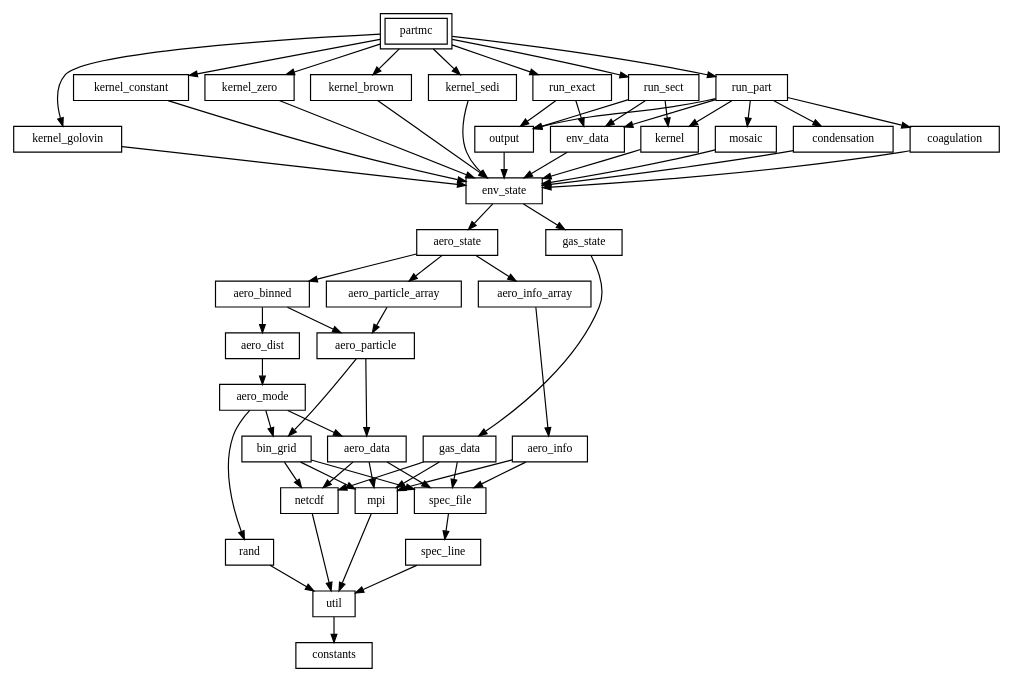
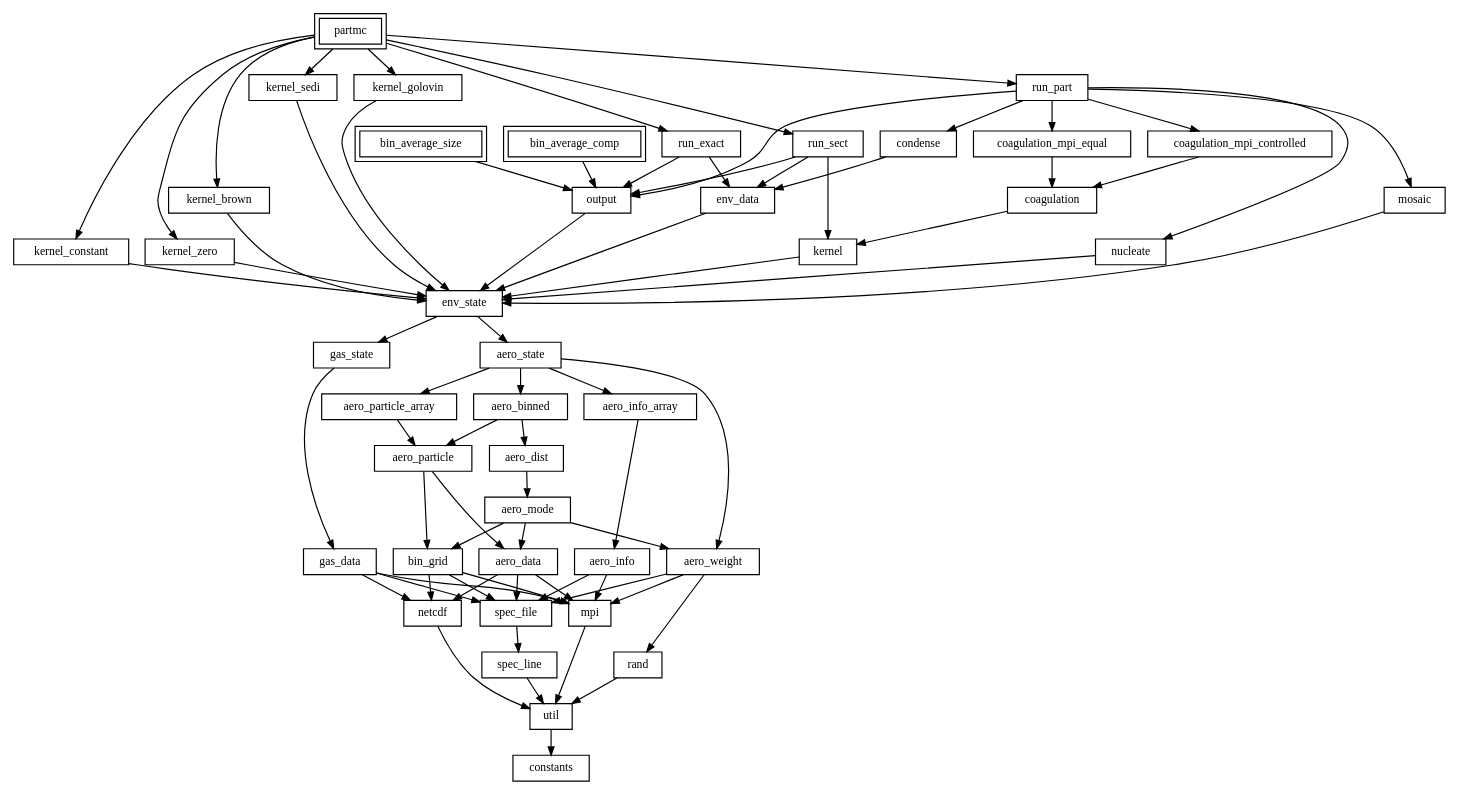
Before and after one commit to compdyn/partmc: the diagram in doc/partmc_modules.gv, drawn with Graphviz.

Commit message:
regenerated modules diagram

```diff
--- a/doc/partmc_modules.gv
+++ b/doc/partmc_modules.gv
@@ -1,104 +1,119 @@
 digraph partmc_modules {
     rankdir = TB;
     node [fontsize = 10, height = 0.3, width = 0.5];
     graph [nodesep = 0.2, ranksep = 0.3];
     edge [arrowsize = 0.7];
+    node [shape = box, peripheries = 1, href = "\ref coagulation_mpi_controlled.f90"] coagulation_mpi_controlled
+    node [shape = box, peripheries = 1, href = "\ref aero_weight.f90"] aero_weight
+    node [shape = box, peripheries = 1, href = "\ref coagulation_mpi_equal.f90"] coagulation_mpi_equal
     node [shape = box, peripheries = 1, href = "\ref kernel.f90"] kernel
-    node [shape = box, peripheries = 1, href = "\ref rand.f90"] rand
-    node [shape = box, peripheries = 1, href = "\ref kernel_golovin.f90"] kernel_golovin
     node [shape = box, peripheries = 1, href = "\ref netcdf.f90"] netcdf
+    node [shape = box, peripheries = 1, href = "\ref nucleate.f90"] nucleate
     node [shape = box, peripheries = 1, href = "\ref bin_grid.f90"] bin_grid
     node [shape = box, peripheries = 1, href = "\ref aero_dist.f90"] aero_dist
     node [shape = box, peripheries = 1, href = "\ref aero_binned.f90"] aero_binned
     node [shape = box, peripheries = 1, href = "\ref kernel_constant.f90"] kernel_constant
     node [shape = box, peripheries = 1, href = "\ref kernel_zero.f90"] kernel_zero
     node [shape = box, peripheries = 1, href = "\ref kernel_brown.f90"] kernel_brown
     node [shape = box, peripheries = 1, href = "\ref spec_line.f90"] spec_line
     node [shape = box, peripheries = 1, href = "\ref kernel_sedi.f90"] kernel_sedi
+    node [shape = box, peripheries = 1, href = "\ref run_sect.f90"] run_sect
     node [shape = box, peripheries = 1, href = "\ref spec_file.f90"] spec_file
+    node [shape = box, peripheries = 1, href = "\ref condense.f90"] condense
     node [shape = box, peripheries = 2, href = "\ref partmc.f90"] partmc
-    node [shape = box, peripheries = 1, href = "\ref run_sect.f90"] run_sect
+    node [shape = box, peripheries = 1, href = "\ref kernel_golovin.f90"] kernel_golovin
+    node [shape = box, peripheries = 2, href = "\ref bin_average_comp.f90"] bin_average_comp
     node [shape = box, peripheries = 1, href = "\ref mosaic.f90"] mosaic
-    node [shape = box, peripheries = 1, href = "\ref run_exact.f90"] run_exact
+    node [shape = box, peripheries = 1, href = "\ref rand.f90"] rand
     node [shape = box, peripheries = 1, href = "\ref env_state.f90"] env_state
     node [shape = box, peripheries = 1, href = "\ref gas_state.f90"] gas_state
     node [shape = box, peripheries = 1, href = "\ref aero_state.f90"] aero_state
     node [shape = box, peripheries = 1, href = "\ref aero_particle.f90"] aero_particle
     node [shape = box, peripheries = 1, href = "\ref mpi.f90"] mpi
     node [shape = box, peripheries = 1, href = "\ref aero_info_array.f90"] aero_info_array
     node [shape = box, peripheries = 1, href = "\ref env_data.f90"] env_data
     node [shape = box, peripheries = 1, href = "\ref aero_mode.f90"] aero_mode
     node [shape = box, peripheries = 1, href = "\ref gas_data.f90"] gas_data
     node [shape = box, peripheries = 1, href = "\ref aero_data.f90"] aero_data
     node [shape = box, peripheries = 1, href = "\ref constants.f90"] constants
+    node [shape = box, peripheries = 2, href = "\ref bin_average_size.f90"] bin_average_size
+    node [shape = box, peripheries = 1, href = "\ref run_part.f90"] run_part
     node [shape = box, peripheries = 1, href = "\ref util.f90"] util
-    node [shape = box, peripheries = 1, href = "\ref condensation.f90"] condensation
-    node [shape = box, peripheries = 1, href = "\ref run_part.f90"] run_part
     node [shape = box, peripheries = 1, href = "\ref aero_particle_array.f90"] aero_particle_array
     node [shape = box, peripheries = 1, href = "\ref coagulation.f90"] coagulation
     node [shape = box, peripheries = 1, href = "\ref output.f90"] output
+    node [shape = box, peripheries = 1, href = "\ref run_exact.f90"] run_exact
     node [shape = box, peripheries = 1, href = "\ref aero_info.f90"] aero_info
+    coagulation_mpi_controlled -> coagulation
+    aero_weight -> rand
+    aero_weight -> spec_file
+    aero_weight -> mpi
+    coagulation_mpi_equal -> coagulation
     kernel -> env_state
-    rand -> util
-    kernel_golovin -> env_state
     netcdf -> util
+    nucleate -> env_state
     bin_grid -> netcdf
     bin_grid -> spec_file
     bin_grid -> mpi
     aero_dist -> aero_mode
     aero_binned -> aero_particle
     aero_binned -> aero_dist
     kernel_constant -> env_state
     kernel_zero -> env_state
     kernel_brown -> env_state
     spec_line -> util
     kernel_sedi -> env_state
+    run_sect -> kernel
+    run_sect -> env_data
+    run_sect -> output
     spec_file -> spec_line
+    condense -> env_data
     partmc -> kernel_golovin
-    partmc -> run_exact
     partmc -> kernel_zero
     partmc -> kernel_brown
     partmc -> kernel_sedi
-    partmc -> run_part
     partmc -> kernel_constant
     partmc -> run_sect
-    run_sect -> kernel
-    run_sect -> env_data
-    run_sect -> output
+    partmc -> run_exact
+    partmc -> run_part
+    kernel_golovin -> env_state
+    bin_average_comp -> output
     mosaic -> env_state
-    run_exact -> env_data
-    run_exact -> output
+    rand -> util
     env_state -> gas_state
     env_state -> aero_state
     gas_state -> gas_data
+    aero_state -> aero_weight
     aero_state -> aero_info_array
     aero_state -> aero_particle_array
     aero_state -> aero_binned
     aero_particle -> bin_grid
     aero_particle -> aero_data
     mpi -> util
     aero_info_array -> aero_info
     env_data -> env_state
-    aero_mode -> rand
+    aero_mode -> aero_weight
     aero_mode -> bin_grid
     aero_mode -> aero_data
     gas_data -> mpi
     gas_data -> netcdf
     gas_data -> spec_file
     aero_data -> mpi
     aero_data -> netcdf
     aero_data -> spec_file
+    bin_average_size -> output
+    run_part -> coagulation_mpi_equal
+    run_part -> nucleate
+    run_part -> mosaic
+    run_part -> condense
+    run_part -> coagulation_mpi_controlled
+    run_part -> output
     util -> constants
-    condensation -> env_state
-    run_part -> kernel
-    run_part -> env_data
-    run_part -> mosaic
-    run_part -> condensation
-    run_part -> coagulation
-    run_part -> output
     aero_particle_array -> aero_particle
-    coagulation -> env_state
+    coagulation -> kernel
     output -> env_state
+    run_exact -> env_data
+    run_exact -> output
     aero_info -> mpi
     aero_info -> spec_file
 }
```
